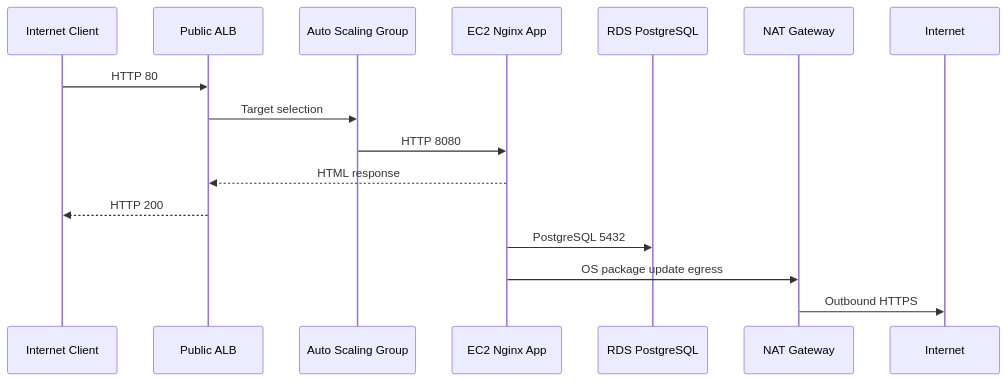
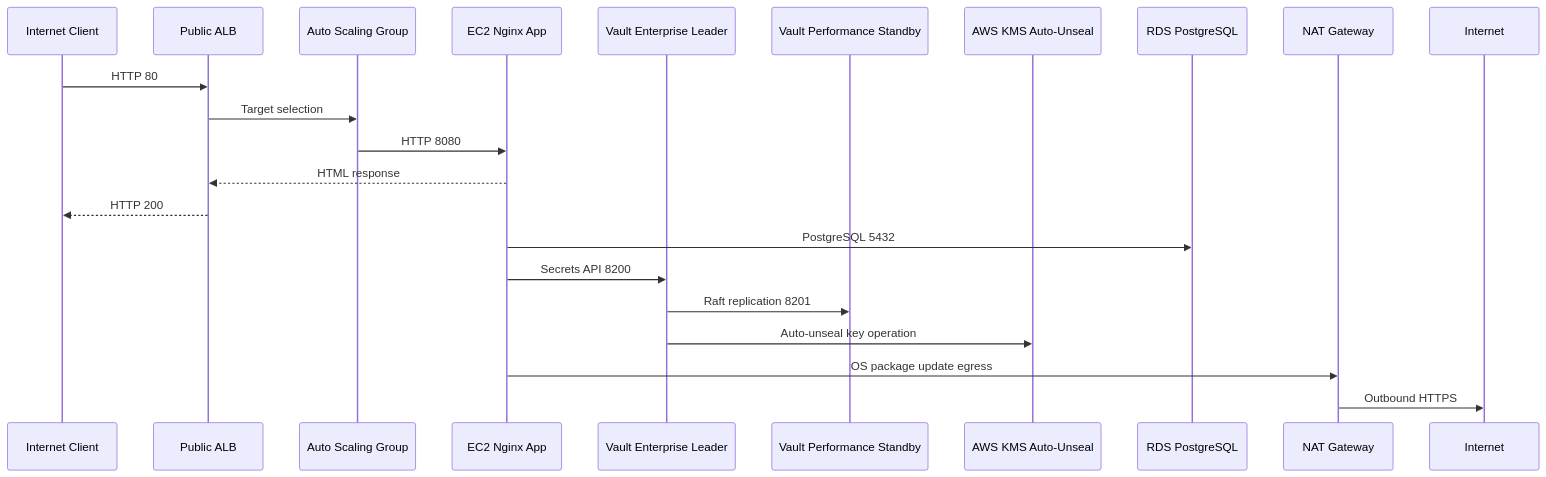
Before and after one commit to Byeongwook-Heo/Hashicorp-: the fourth of 4 diagrams in docs/architecture.md, drawn with Mermaid. The commit also changed other lines of this file and 8 other files, not shown here.

Commit message:
Add Vault Enterprise raft cluster

````diff
--- a/docs/architecture.md
+++ b/docs/architecture.md
@@ -97,19 +119,25 @@
 ```mermaid
 sequenceDiagram
   participant User as Internet Client
   participant ALB as Public ALB
   participant ASG as Auto Scaling Group
   participant EC2 as EC2 Nginx App
+  participant Vault as Vault Enterprise Leader
+  participant Standby as Vault Performance Standby
+  participant KMS as AWS KMS Auto-Unseal
   participant RDS as RDS PostgreSQL
   participant NAT as NAT Gateway
   participant Internet as Internet
 
   User->>ALB: HTTP 80
   ALB->>ASG: Target selection
   ASG->>EC2: HTTP 8080
   EC2-->>ALB: HTML response
   ALB-->>User: HTTP 200
   EC2->>RDS: PostgreSQL 5432
+  EC2->>Vault: Secrets API 8200
+  Vault->>Standby: Raft replication 8201
+  Vault->>KMS: Auto-unseal key operation
   EC2->>NAT: OS package update egress
   NAT->>Internet: Outbound HTTPS
 ```
````
